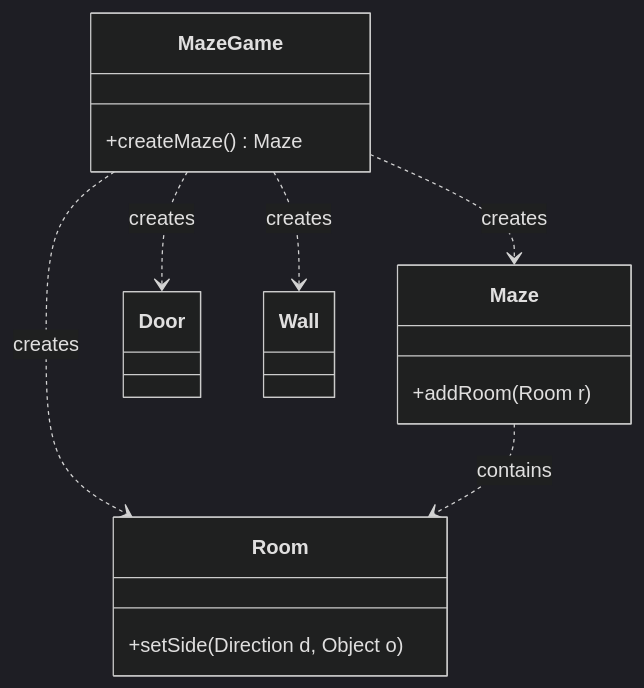
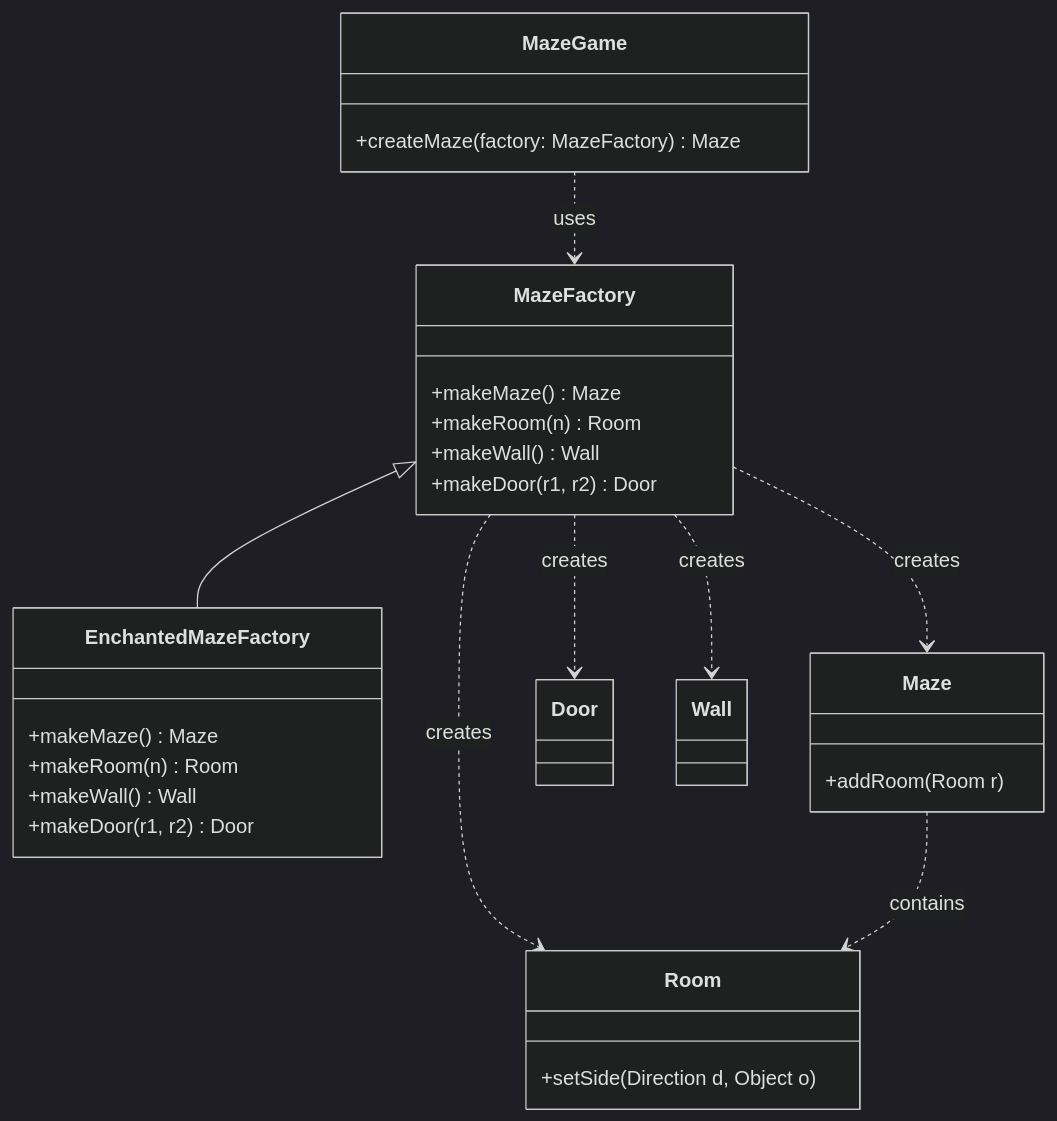
One commit to nlhsueh/teach_sw_fw changed the fourth of 4 diagrams in Part4_PatternCreation/ch12_af.md. Above: the diagram before and after it, drawn with Mermaid (dark theme).

Commit message:
Correct Maze example diagram in ch12 Abstract Factory

````diff
--- a/Part4_PatternCreation/ch12_af.md
+++ b/Part4_PatternCreation/ch12_af.md
@@ -204,20 +204,34 @@
 ```mermaid
 classDiagram
     class MazeGame {
-        +createMaze() Maze
+        +createMaze(factory: MazeFactory) Maze
+    }
+    class MazeFactory {
+        +makeMaze() Maze
+        +makeRoom(n) Room
+        +makeWall() Wall
+        +makeDoor(r1, r2) Door
+    }
+    class EnchantedMazeFactory {
+        +makeMaze() Maze
+        +makeRoom(n) Room
+        +makeWall() Wall
+        +makeDoor(r1, r2) Door
     }
     class Maze {
         +addRoom(Room r)
     }
     class Room {
         +setSide(Direction d, Object o)
     }
     class Door
     class Wall
 
-    MazeGame ..> Maze : creates
-    MazeGame ..> Room : creates
-    MazeGame ..> Door : creates
-    MazeGame ..> Wall : creates
+    MazeFactory <|-- EnchantedMazeFactory
+    MazeGame ..> MazeFactory : uses
+    MazeFactory ..> Maze : creates
+    MazeFactory ..> Room : creates
+    MazeFactory ..> Door : creates
+    MazeFactory ..> Wall : creates
     Maze ..> Room : contains
 ```
````
